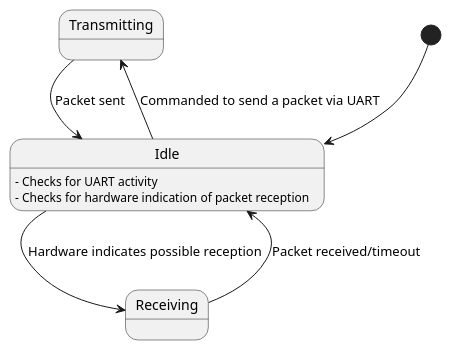
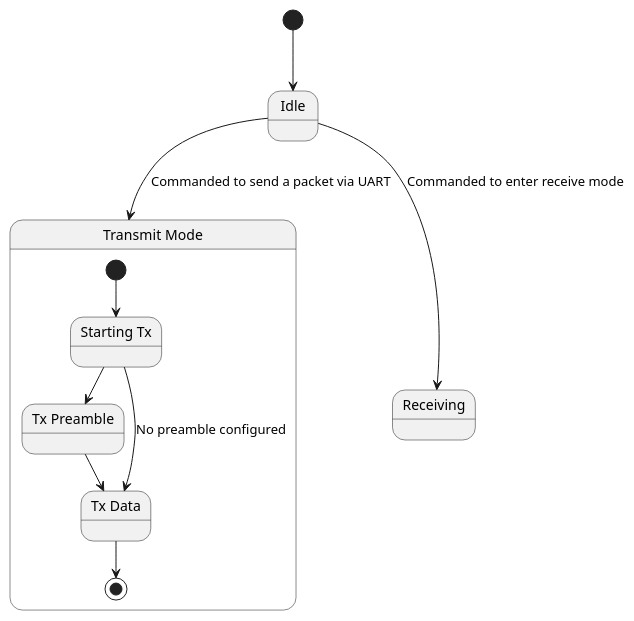
One commit to joshua-jerred/STM32-AFSK-Modem changed the diagram in docs/modem_state_machine.puml. Above: the diagram before and after it, drawn with PlantUML. The commit also changed 10 other files, not shown here.

```diff
--- a/docs/modem_state_machine.puml
+++ b/docs/modem_state_machine.puml
@@ -1,16 +1,22 @@
 @startuml
 
-state "Transmitting" as Transmitting
-state "Receiving" as Receiving
+state "Idle" as Idle
+state "Transmit Mode" as Transmitting {
+  state "Starting Tx" as StartingTx
+  state "Tx Preamble" as TxPreamble
+  state "Tx Data" as TxData
 
-state "Idle" as Idle
-  Idle: - Checks for UART activity
-  Idle: - Checks for hardware indication of packet reception
+  [*] --> StartingTx
+  StartingTx --> TxPreamble
+  StartingTx --> TxData : No preamble configured
+  TxPreamble --> TxData
+  TxData --> [*]
+
+}
+state "Receiving" as Receiving 
 
 [*] --> Idle
 Idle --> Transmitting : Commanded to send a packet via UART
-Idle --> Receiving : Hardware indicates possible reception
-Transmitting --> Idle : Packet sent
-Receiving --> Idle : Packet received/timeout
+Idle --> Receiving : Commanded to enter receive mode
 
 @enduml
```
